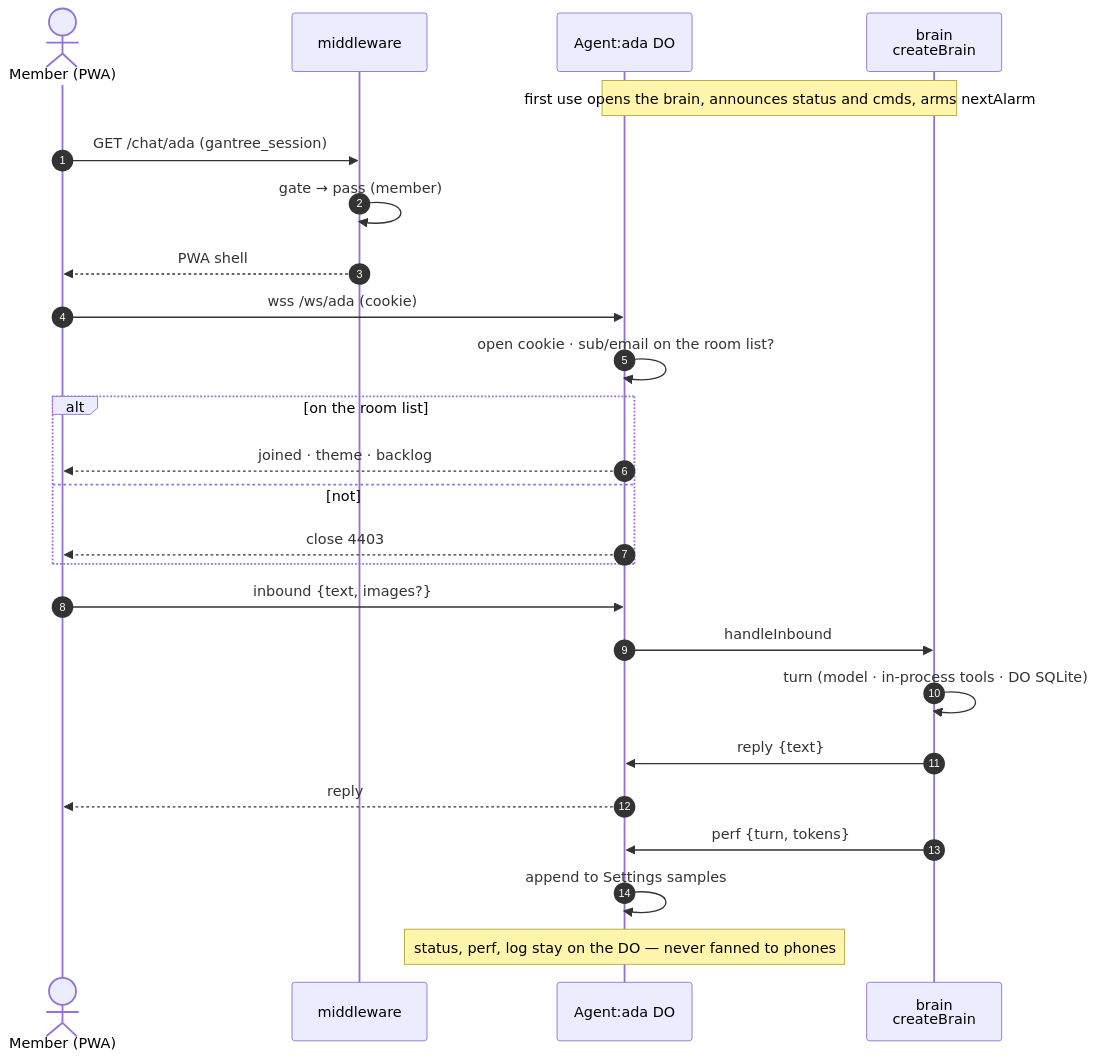
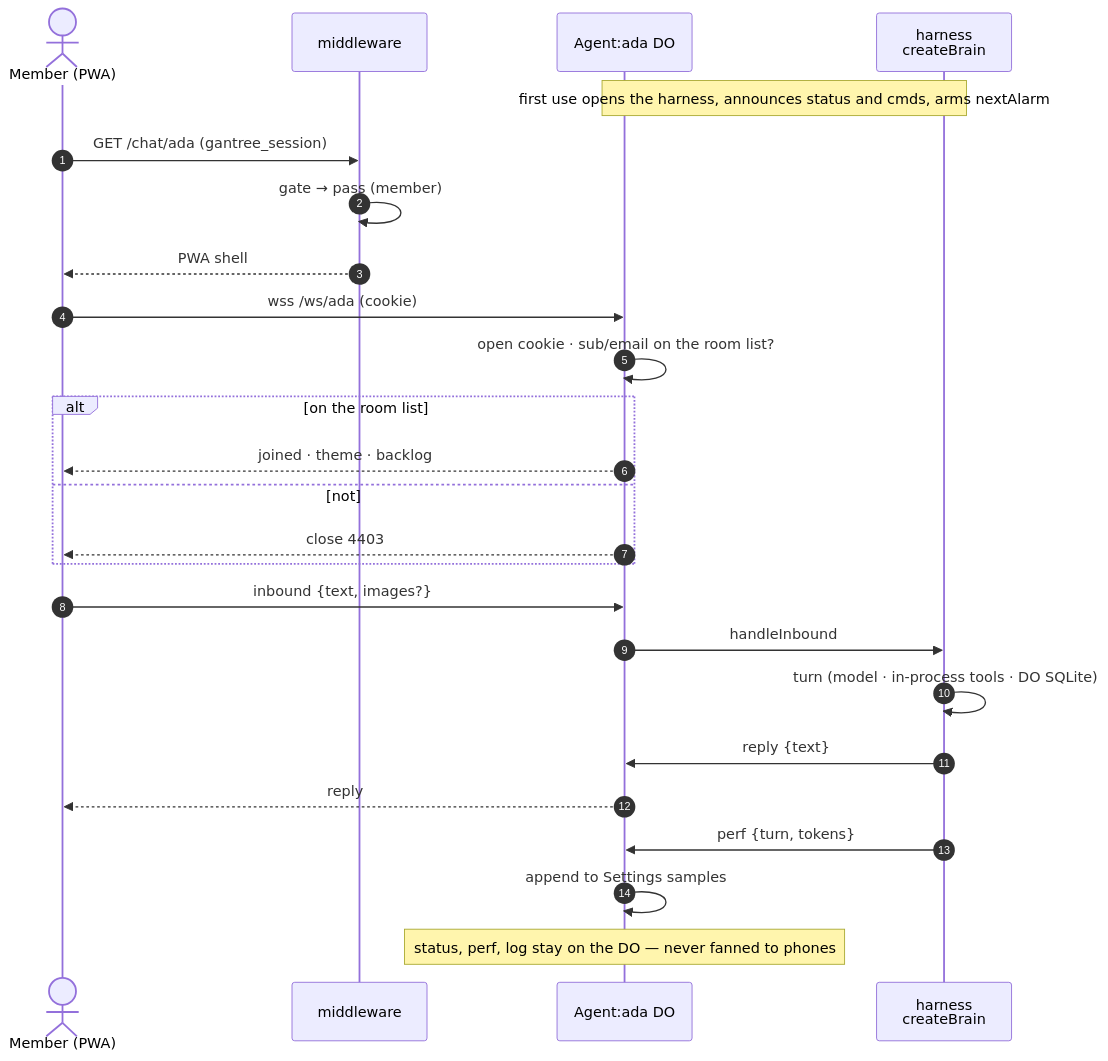
One commit to shotah/gantree2 changed the sixth of 11 diagrams in docs/architecture.md. Above: the diagram before and after it, drawn with Mermaid. The commit also changed other lines of this file and 689 other files, not shown here.

Commit message:
rename brain to harness

````diff
--- a/docs/architecture.md
+++ b/docs/architecture.md
@@ -289,29 +289,29 @@
 ```mermaid
 sequenceDiagram
   autonumber
   actor M as Member (PWA)
   participant MW as middleware
   participant A as Agent:ada DO
-  participant B as brain<br/>createBrain
+  participant B as harness<br/>createBrain
 
-  Note over A,B: first use opens the brain, announces status and cmds, arms nextAlarm
+  Note over A,B: first use opens the harness, announces status and cmds, arms nextAlarm
   M->>MW: GET /chat/ada (gantree_session)
   MW->>MW: gate → pass (member)
   MW-->>M: PWA shell
   M->>A: wss /ws/ada (cookie)
   A->>A: open cookie · sub/email on the room list?
   alt on the room list
     A-->>M: joined · theme · backlog
   else not
     A-->>M: close 4403
   end
 
   M->>A: inbound {text, images?}
   A->>B: handleInbound
   B->>B: turn (model · in-process tools · DO SQLite)
   B->>A: reply {text}
   A-->>M: reply
   B->>A: perf {turn, tokens}
   A->>A: append to Settings samples
   Note over A: status, perf, log stay on the DO — never fanned to phones
 ```
````
